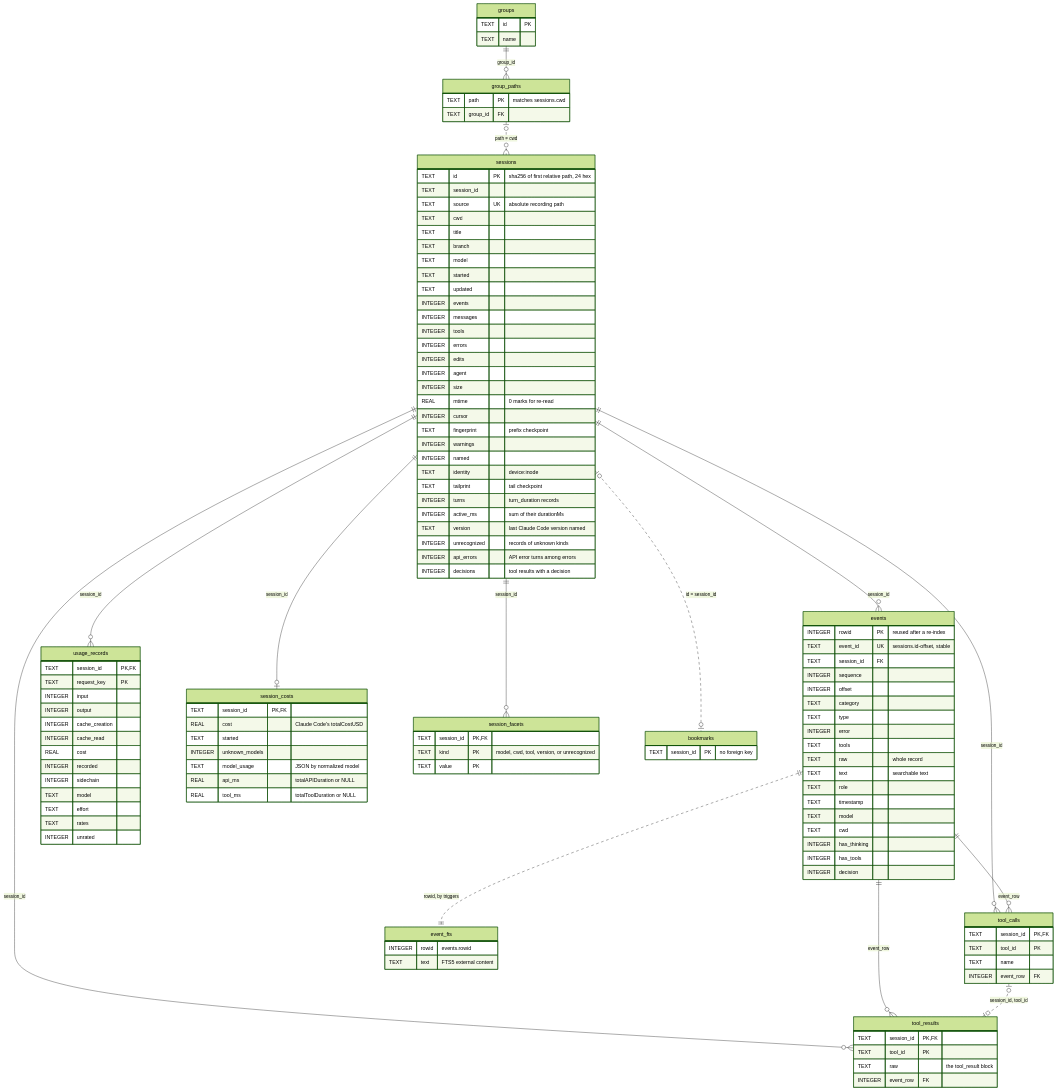
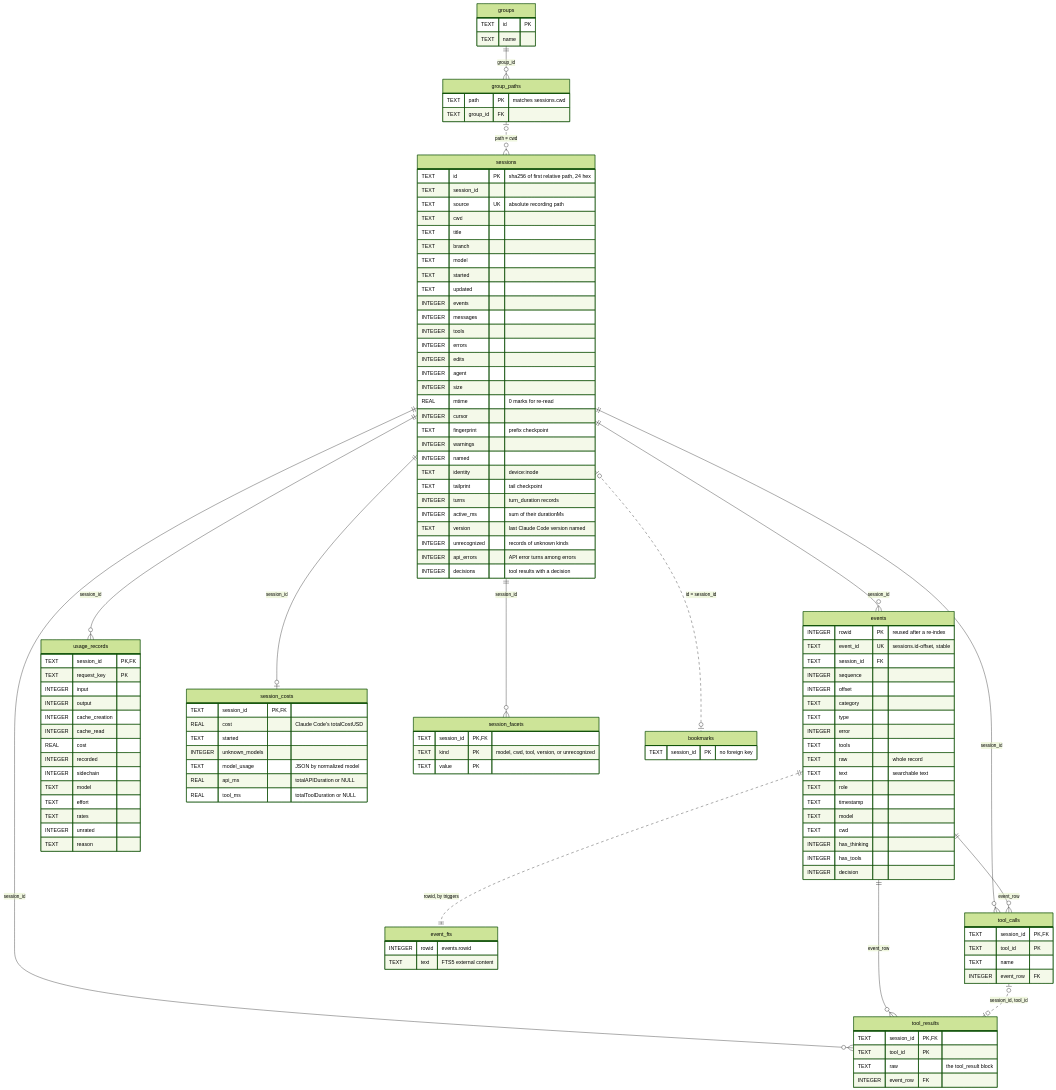
One commit to fantomc0der/claude-blackbox changed the diagram in docs/sqlite-schema.md. Above: the diagram before and after it, drawn with Mermaid (forest theme). The commit also changed other lines of this file and 8 other files, not shown here.

```diff
--- a/docs/sqlite-schema.md
+++ b/docs/sqlite-schema.md
@@ -131,6 +131,7 @@
     TEXT effort
     TEXT rates
     INTEGER unrated
+    TEXT reason
   }
   session_costs {
     TEXT session_id PK, FK
```
